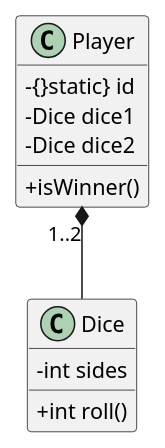
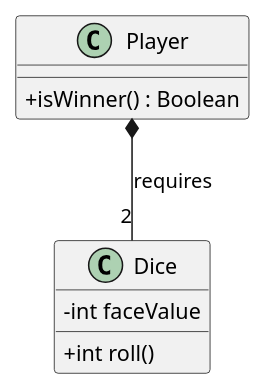
Before and after one commit to adhl-0216/MTU-OODA: the diagram in UML Diagrams/SimpleAbstraction.puml, drawn with PlantUML. The commit also changed 5 other files, not shown here.

```diff
--- a/UML Diagrams/SimpleAbstraction.puml
+++ b/UML Diagrams/SimpleAbstraction.puml
@@ -1,22 +1,19 @@
 @startuml
 'https://plantuml.com/class-diagram
 
 skinparam classAttributeIconSize 0
 
 class Dice {
-    -int sides
+    -int faceValue
 
     +int roll()
 }
 
 class Player {
-    - {}static} id
-    - Dice dice1
-    - Dice dice2
 
-    + isWinner()
+    + isWinner() : Boolean
 }
 
-Player "1..2"*-- Dice
+Player *--"2" Dice : requires
 
 @enduml
```
